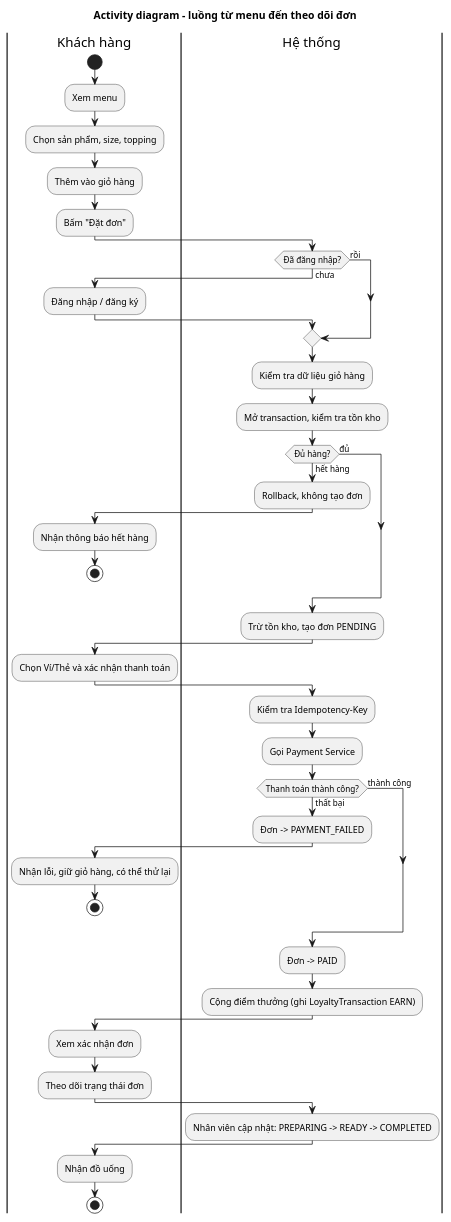
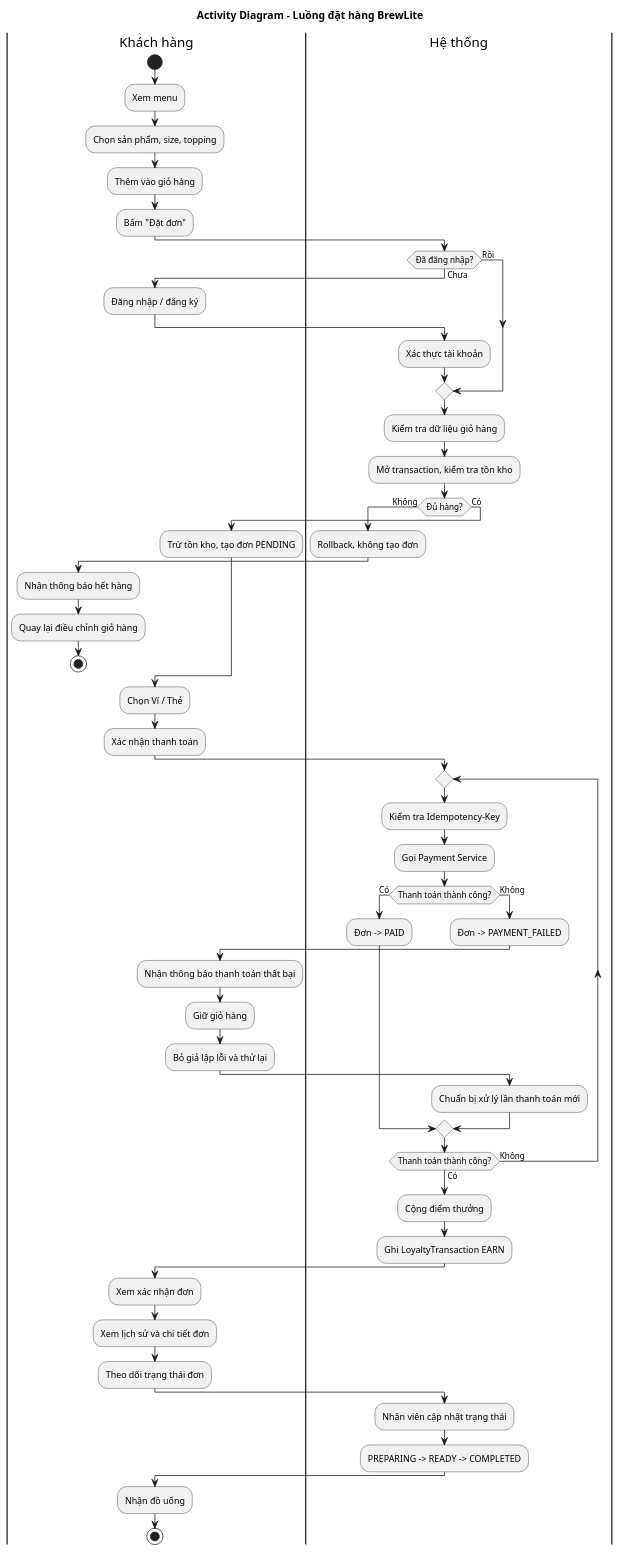
Before and after one commit to tthan-prog/BrewLite: the diagram in docs/diagrams/activity-order-flow.puml, drawn with PlantUML. The commit also changed other lines of this file and 1 other file, not shown here.

Commit message:
docs: review activity and use case diagrams

```diff
--- a/docs/diagrams/activity-order-flow.puml
+++ b/docs/diagrams/activity-order-flow.puml
@@ -1,58 +2,73 @@
 @startuml activity-order-flow
-title Activity diagram – luồng từ menu đến theo dõi đơn
+title Activity Diagram - Luồng đặt hàng BrewLite
 skinparam shadowing false
 
 |Khách hàng|
 start
 :Xem menu;
 :Chọn sản phẩm, size, topping;
 :Thêm vào giỏ hàng;
 :Bấm "Đặt đơn";
 
 |Hệ thống|
-if (Đã đăng nhập?) then (chưa)
+if (Đã đăng nhập?) then (Chưa)
   |Khách hàng|
   :Đăng nhập / đăng ký;
   |Hệ thống|
-else (rồi)
+  :Xác thực tài khoản;
+else (Rồi)
 endif
+
 :Kiểm tra dữ liệu giỏ hàng;
 :Mở transaction, kiểm tra tồn kho;
-if (Đủ hàng?) then (hết hàng)
+
+if (Đủ hàng?) then (Không)
   :Rollback, không tạo đơn;
   |Khách hàng|
   :Nhận thông báo hết hàng;
+  :Quay lại điều chỉnh giỏ hàng;
   stop
-else (đủ)
+else (Có)
+  :Trừ tồn kho, tạo đơn PENDING;
 endif
-|Hệ thống|
-:Trừ tồn kho, tạo đơn PENDING;
 
 |Khách hàng|
-:Chọn Ví/Thẻ và xác nhận thanh toán;
+:Chọn Ví / Thẻ;
+:Xác nhận thanh toán;
 
 |Hệ thống|
-:Kiểm tra Idempotency-Key;
-:Gọi Payment Service;
-if (Thanh toán thành công?) then (thất bại)
-  :Đơn -> PAYMENT_FAILED;
-  |Khách hàng|
-  :Nhận lỗi, giữ giỏ hàng, có thể thử lại;
-  stop
-else (thành công)
-endif
+repeat
+  :Kiểm tra Idempotency-Key;
+  :Gọi Payment Service;
+
+  if (Thanh toán thành công?) then (Có)
+    :Đơn -> PAID;
+  else (Không)
+    :Đơn -> PAYMENT_FAILED;
+    |Khách hàng|
+    :Nhận thông báo thanh toán thất bại;
+    :Giữ giỏ hàng;
+    :Bỏ giả lập lỗi và thử lại;
+    |Hệ thống|
+    :Chuẩn bị xử lý lần thanh toán mới;
+  endif
+
+repeat while (Thanh toán thành công?) is (Không) not (Có)
+
 |Hệ thống|
-:Đơn -> PAID;
-:Cộng điểm thưởng (ghi LoyaltyTransaction EARN);
+:Cộng điểm thưởng;
+:Ghi LoyaltyTransaction EARN;
 
 |Khách hàng|
 :Xem xác nhận đơn;
+:Xem lịch sử và chi tiết đơn;
 :Theo dõi trạng thái đơn;
 
 |Hệ thống|
-:Nhân viên cập nhật: PREPARING -> READY -> COMPLETED;
+:Nhân viên cập nhật trạng thái;
+:PREPARING -> READY -> COMPLETED;
 
 |Khách hàng|
 :Nhận đồ uống;
 stop
 @enduml
```
